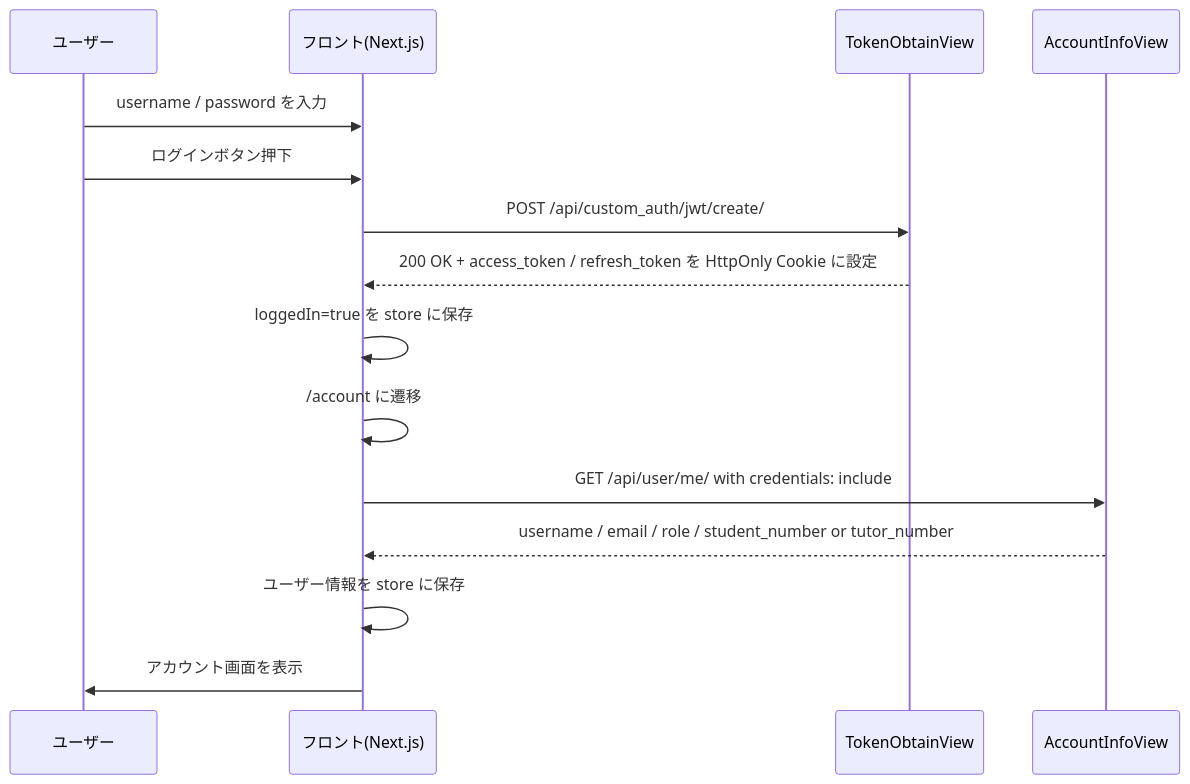
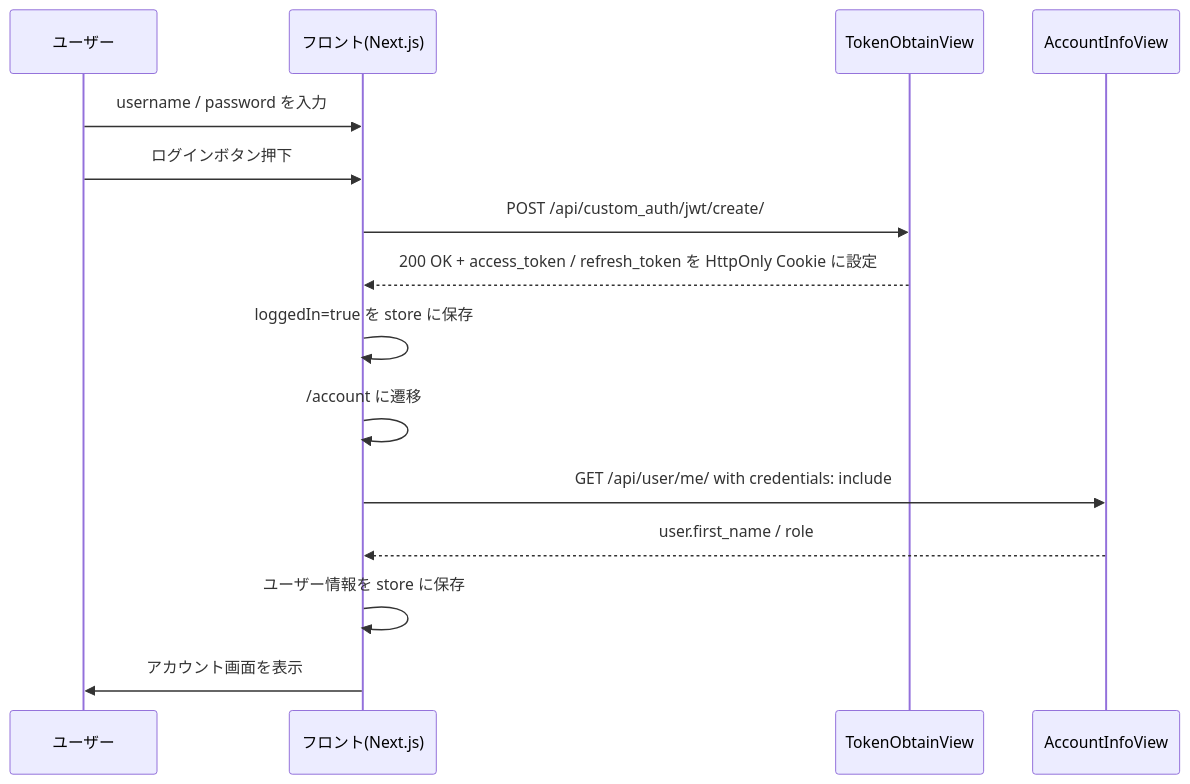
One commit to Saaka-y/korup changed the first of 2 diagrams in docs/login/sequence.md. Above: the diagram before and after it, drawn with Mermaid.

Commit message:
💬 loginプロセスのシーケンス図修正

````diff
--- a/docs/login/sequence.md
+++ b/docs/login/sequence.md
@@ -1,18 +1,18 @@
 ```mermaid
 sequenceDiagram
     participant User as ユーザー
     participant Front as フロント(Next.js)
     participant Auth as TokenObtainView
     participant Account as AccountInfoView
 
     User->>Front: username / password を入力
     User->>Front: ログインボタン押下
     Front->>Auth: POST /api/custom_auth/jwt/create/
     Auth-->>Front: 200 OK + access_token / refresh_token を HttpOnly Cookie に設定
     Front->>Front: loggedIn=true を store に保存
     Front->>Front: /account に遷移
     Front->>Account: GET /api/user/me/ with credentials: include
-    Account-->>Front: username / email / role / student_number or tutor_number
+    Account-->>Front: user.first_name / role
     Front->>Front: ユーザー情報を store に保存
     Front->>User: アカウント画面を表示
 ```
````
